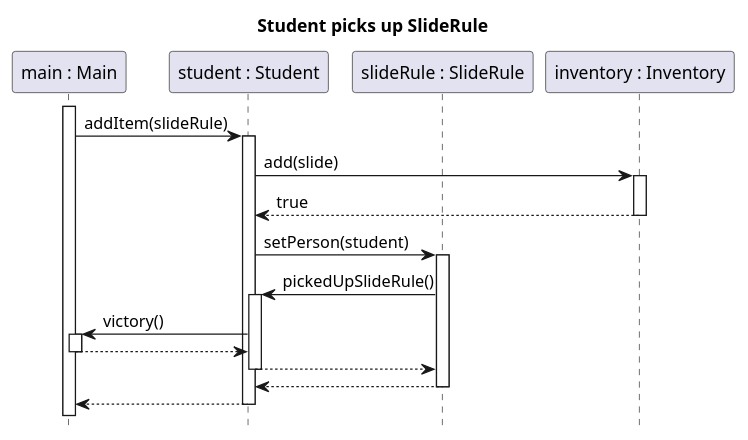
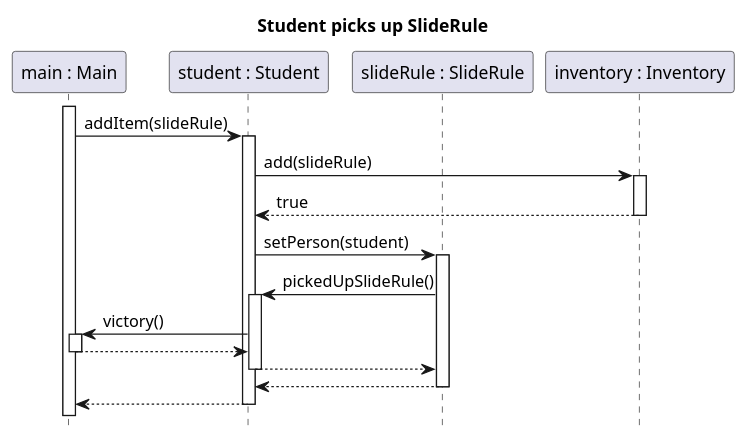
Before and after one commit to sn4k3ch4rm3r/logarlec: the diagram in docs/diagrams/test-sequence/student-pickup-sliderule.puml, drawn with PlantUML. The commit also changed 8 other files, not shown here.

Commit message:
Fixing some test-(create)-sequence diagrams

```diff
--- a/docs/diagrams/test-sequence/student-pickup-sliderule.puml
+++ b/docs/diagrams/test-sequence/student-pickup-sliderule.puml
@@ -1,23 +1,23 @@
 @startuml student-pickup-sliderule
 
 title Student picks up SlideRule
 hide footbox
 
 participant "main : Main" as main
 participant "student : Student" as student
 participant "slideRule : SlideRule" as slide
 participant "inventory : Inventory" as inv
 activate main
 
 main-> student ++: addItem(slideRule)
-    student -> inv ++: add(slide)
+    student -> inv ++: add(slideRule)
     return true
     student -> slide ++: setPerson(student)
 	    slide -> student ++: pickedUpSlideRule()
             student -> main ++: victory()
             return
         return
 	return
 return
 
 @enduml
```
